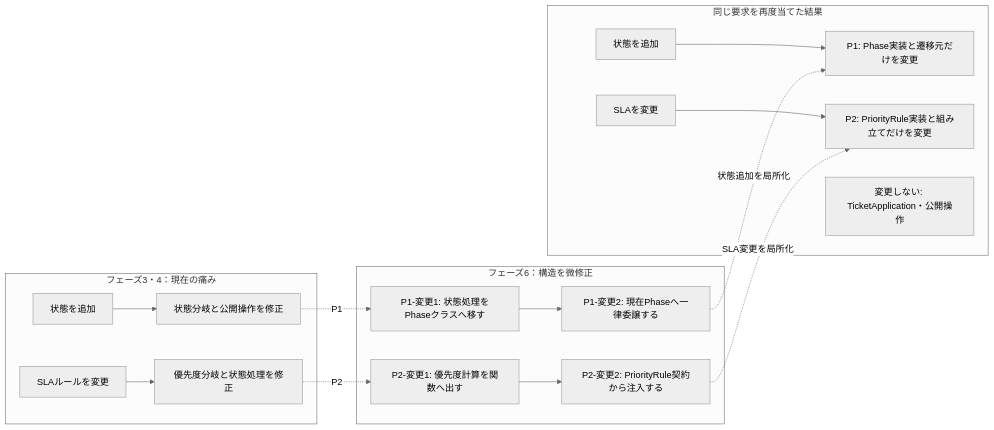
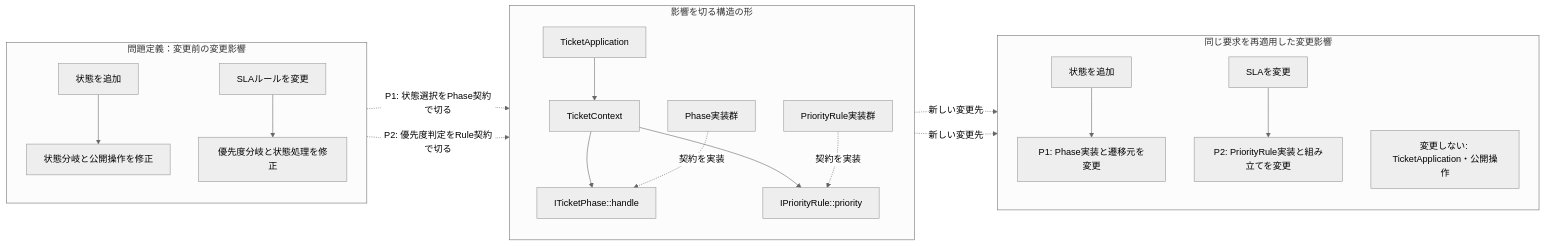
One commit to kumachan1101-pixel/DesignPattern changed the seventh of 15 diagrams in kindle/design-patterns/output/chapter09_2.md. Above: the diagram before and after it, drawn with Mermaid (neutral theme). The commit also changed other lines of this file and 22 other files, not shown here.

Commit message:
Show structural change in impact diagrams

````diff
--- a/kindle/design-patterns/output/chapter09_2.md
+++ b/kindle/design-patterns/output/chapter09_2.md
@@ -738,20 +739,26 @@
 ```mermaid
 flowchart LR
-    subgraph Pain["フェーズ3・4：現在の痛み"]
+    subgraph Pain["問題定義：変更前の変更影響"]
+        direction TB
         CR1["状態を追加"] --> C1["状態分岐と公開操作を修正"]
         CR2["SLAルールを変更"] --> C2["優先度分岐と状態処理を修正"]
     end
-    subgraph StructuralChange["フェーズ6：構造を微修正"]
-        S11["P1-変更1: 状態処理をPhaseクラスへ移す"] --> S12["P1-変更2: 現在Phaseへ一律委譲する"]
-        S21["P2-変更1: 優先度計算を関数へ出す"] --> S22["P2-変更2: PriorityRule契約から注入する"]
+    subgraph TargetStructure["影響を切る構造の形"]
+        direction TB
+        A["TicketApplication"] --> TC["TicketContext"]
+        TC --> PH["ITicketPhase::handle"]
+        PI["Phase実装群"] -. "契約を実装" .-> PH
+        TC --> PR["IPriorityRule::priority"]
+        RI["PriorityRule実装群"] -. "契約を実装" .-> PR
     end
-    subgraph Result["同じ要求を再度当てた結果"]
-        IR1["状態を追加"] --> I1["P1: Phase実装と遷移元だけを変更"]
-        IR2["SLAを変更"] --> I2["P2: PriorityRule実装と組み立てだけを変更"]
+    subgraph Result["同じ要求を再適用した変更影響"]
+        direction TB
+        IR1["状態を追加"] --> I1["P1: Phase実装と遷移元を変更"]
+        IR2["SLAを変更"] --> I2["P2: PriorityRule実装と組み立てを変更"]
         IS["変更しない: TicketApplication・公開操作"]
     end
-    C1 -. "P1" .-> S11
-    S12 -. "状態追加を局所化" .-> I1
-    C2 -. "P2" .-> S21
-    S22 -. "SLA変更を局所化" .-> I2
+    C1 -. "P1: 状態選択をPhase契約で切る" .-> PH
+    PH -. "新しい変更先" .-> I1
+    C2 -. "P2: 優先度判定をRule契約で切る" .-> PR
+    PR -. "新しい変更先" .-> I2
 ```
````
